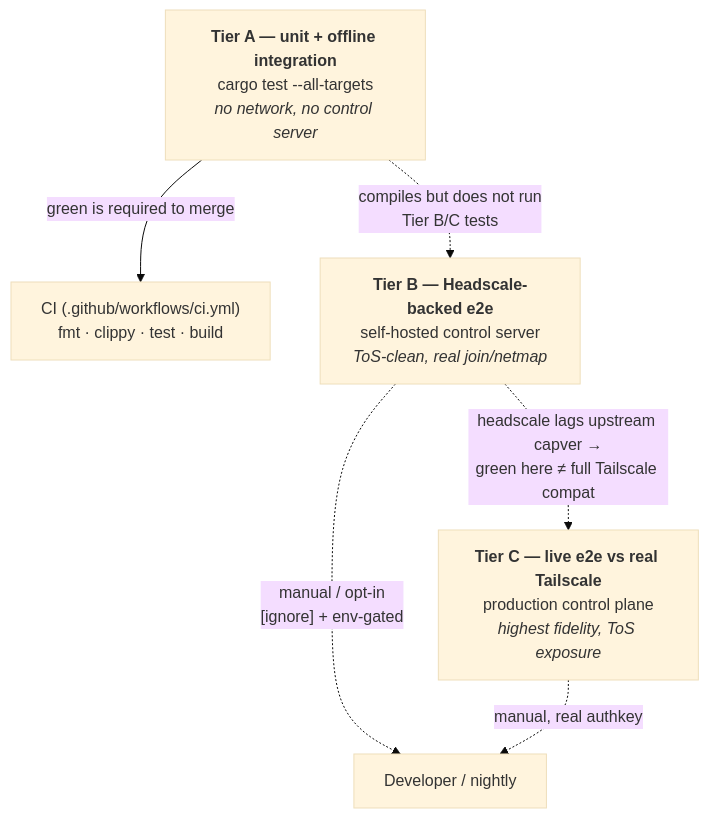
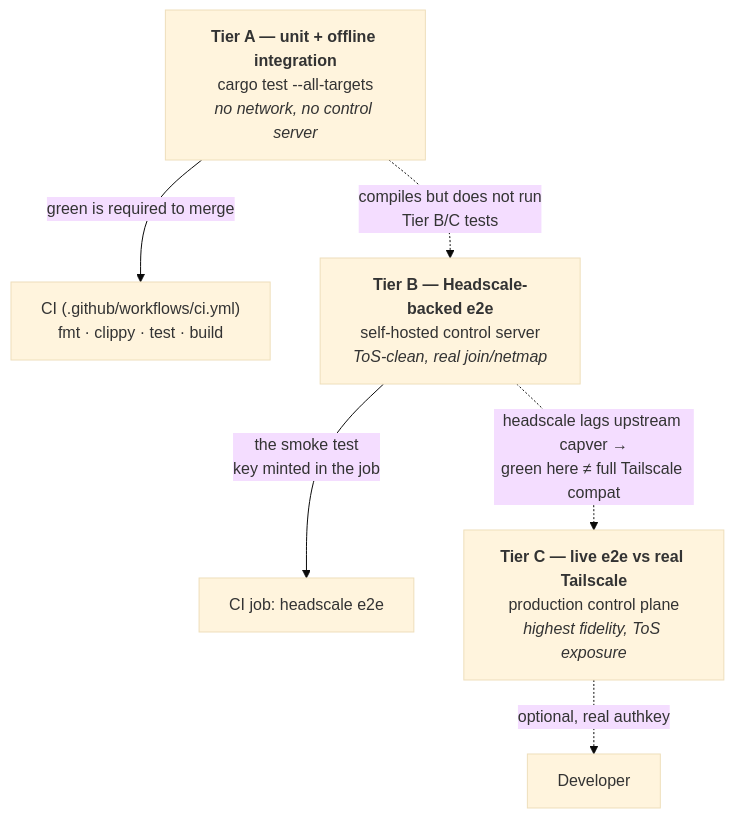
Before and after one commit to GeiserX/tailscaled-rs: the diagram in docs/development.md, drawn with Mermaid (base theme). The commit also changed other lines of this file and 8 other files, not shown here.

First line of the commit message:
fix(serve): status shows refused entries as refused, and CI runs the Headscale smoke test (#644)

````diff
--- a/docs/development.md
+++ b/docs/development.md
@@ -26,12 +27,12 @@
 ```mermaid
 flowchart TD
     A["<b>Tier A — unit + offline integration</b><br/>cargo test --all-targets<br/><i>no network, no control server</i>"]
       -->|"green is required to merge"| CI["CI (.github/workflows/ci.yml)<br/>fmt · clippy · test · build"]
     B["<b>Tier B — Headscale-backed e2e</b><br/>self-hosted control server<br/><i>ToS-clean, real join/netmap</i>"]
-      -.->|"manual / opt-in<br/>#91;ignore#93; + env-gated"| DEV["Developer / nightly"]
+      -->|"the smoke test<br/>key minted in the job"| HSCI["CI job: headscale e2e"]
     C["<b>Tier C — live e2e vs real Tailscale</b><br/>production control plane<br/><i>highest fidelity, ToS exposure</i>"]
-      -.->|"manual, real authkey"| DEV
+      -.->|"optional, real authkey"| DEV["Developer"]
 
     A -. "compiles but does not run<br/>Tier B/C tests" .-> B
     B -. "headscale lags upstream capver →<br/>green here ≠ full Tailscale compat" .-> C
 ```
````
